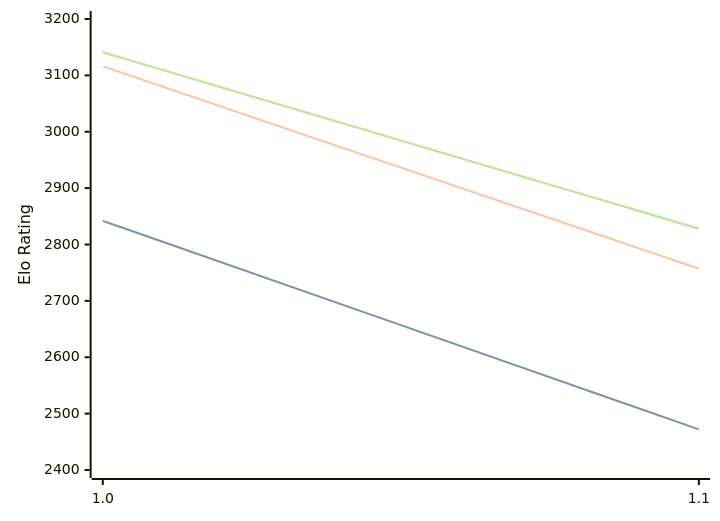
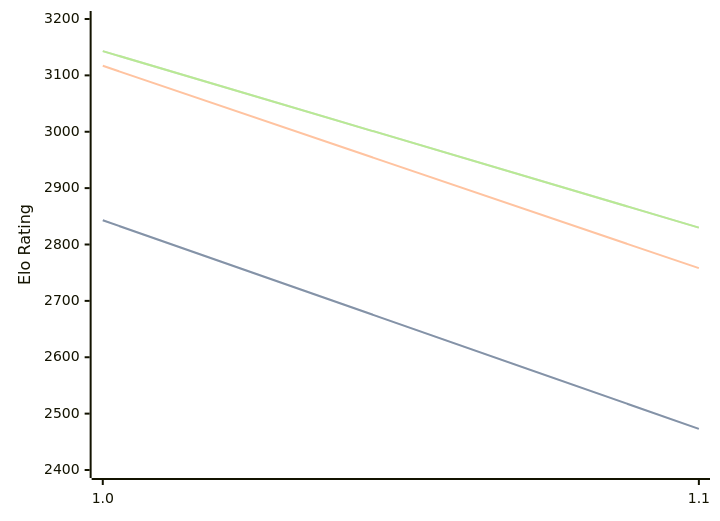
The diagram in engines/Publius.md (computer-chess-index/cci), drawn with Mermaid before and after one commit. The commit also changed other lines of this file, not shown here.

Commit message:
Update CCI Ratings (ELO VLTC) - 2026-10-09

````diff
--- a/engines/Publius.md
+++ b/engines/Publius.md
@@ -32,11 +32,11 @@
 ```mermaid
 %%{init: {"theme":"base","themeVariables":{"seriesColors:['#a3a3a3','#222221','#faa371']}}}%%
 xychart-beta
   x-axis ["1.0", "1.1"]
   y-axis "Elo Rating" 2400 --> 3200
-  line "" [2842, 2472]
-  line "STC (8.0+0.08s)" [2842, 2472]
-  line "LTC (60.0+0.60s)" [3116, 2757]
-  line "" [3141, 2828]
-  line "VLTC (2m24s+1.12s)" [3141, 2828]
+  line "" [2843, 2473]
+  line "STC (8.0+0.08s)" [2843, 2473]
+  line "LTC (60.0+0.60s)" [3117, 2758]
+  line "" [3143, 2830]
+  line "VLTC (2m24s+1.12s)" [3143, 2830]
 ```
````
